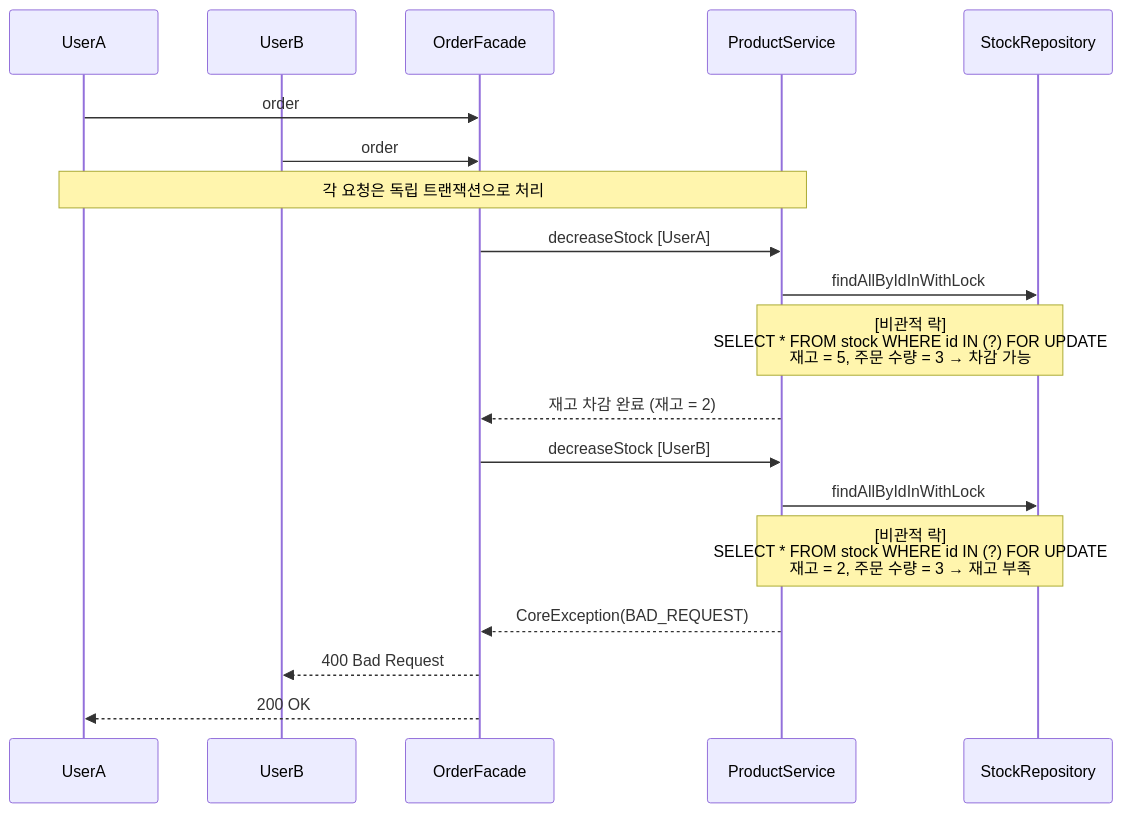
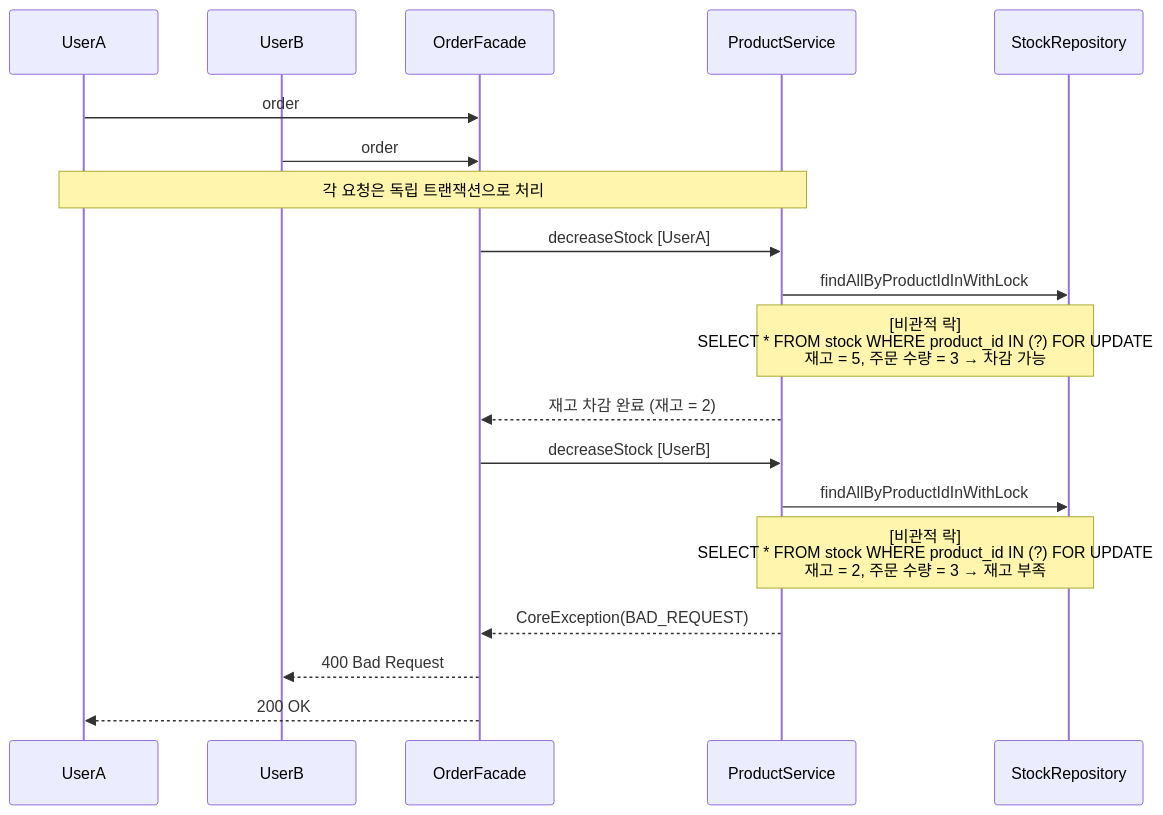
Before and after one commit to loopers-labs/loop-pack-be-l2-vol4-java: the second of 6 diagrams in docs/week2/02-sequence-diagrams.md, drawn with Mermaid. The commit also changed other lines of this file and 2 other files, not shown here.

Commit message:
docs(week2): Product-Stock 관계를 단방향으로 변경
Product 조회 시 N+1 이슈와 불필요한 연관 로딩을 방지하기 위해
양방향 관계(Product ↔ Stock)를 Stock → Product 단방향으로 재설계.
Product 클래스에서 stock 필드를 제거하고, 관계 표기를
'Product "1" -- "1" Stock' → 'Stock --> Product' 로 수정.

````diff
--- a/docs/week2/02-sequence-diagrams.md
+++ b/docs/week2/02-sequence-diagrams.md
@@ -40,26 +40,26 @@
 ```mermaid
 sequenceDiagram
     participant UserA
     participant UserB
     participant OrderFacade
     participant ProductService
     participant StockRepository
 
     UserA->>OrderFacade: order
     UserB->>OrderFacade: order
 
     Note over UserA,ProductService: 각 요청은 독립 트랜잭션으로 처리
 
     OrderFacade->>ProductService: decreaseStock [UserA]
-    ProductService->>StockRepository: findAllByIdInWithLock
-    Note over ProductService,StockRepository: [비관적 락]<br/>SELECT * FROM stock WHERE id IN (?) FOR UPDATE<br/>재고 = 5, 주문 수량 = 3 → 차감 가능
+    ProductService->>StockRepository: findAllByProductIdInWithLock
+    Note over ProductService,StockRepository: [비관적 락]<br/>SELECT * FROM stock WHERE product_id IN (?) FOR UPDATE<br/>재고 = 5, 주문 수량 = 3 → 차감 가능
     ProductService-->>OrderFacade: 재고 차감 완료 (재고 = 2)
 
     OrderFacade->>ProductService: decreaseStock [UserB]
-    ProductService->>StockRepository: findAllByIdInWithLock
-    Note over ProductService,StockRepository: [비관적 락]<br/>SELECT * FROM stock WHERE id IN (?) FOR UPDATE<br/>재고 = 2, 주문 수량 = 3 → 재고 부족
+    ProductService->>StockRepository: findAllByProductIdInWithLock
+    Note over ProductService,StockRepository: [비관적 락]<br/>SELECT * FROM stock WHERE product_id IN (?) FOR UPDATE<br/>재고 = 2, 주문 수량 = 3 → 재고 부족
     ProductService-->>OrderFacade: CoreException(BAD_REQUEST)
 
     OrderFacade-->>UserB: 400 Bad Request
     OrderFacade-->>UserA: 200 OK
 ```
````
